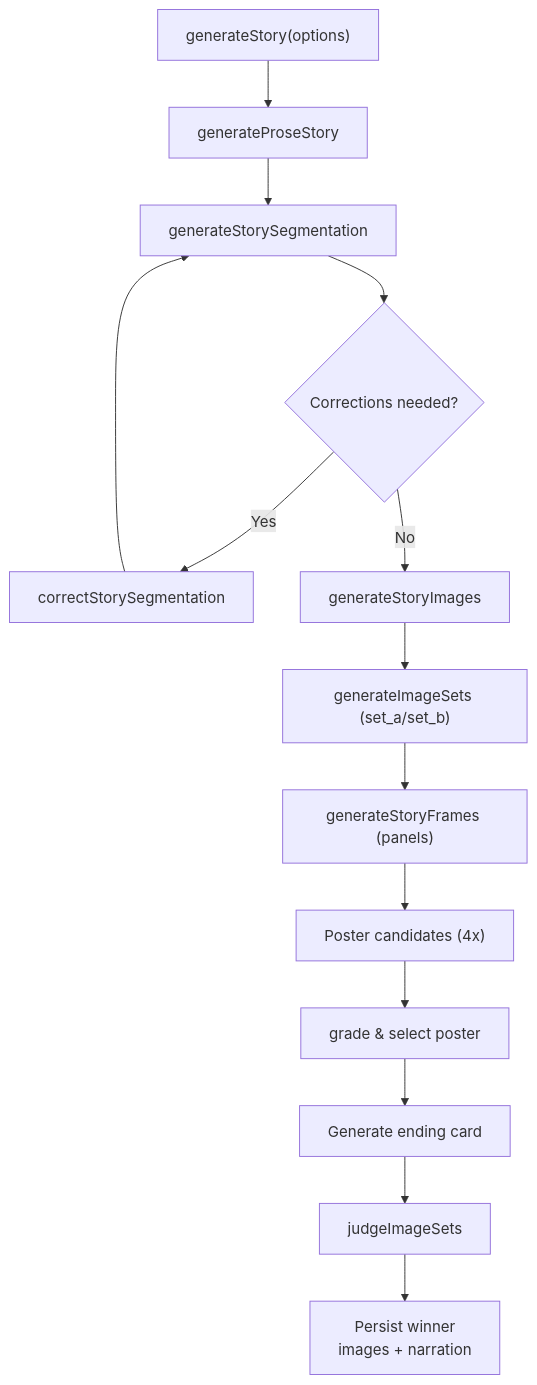
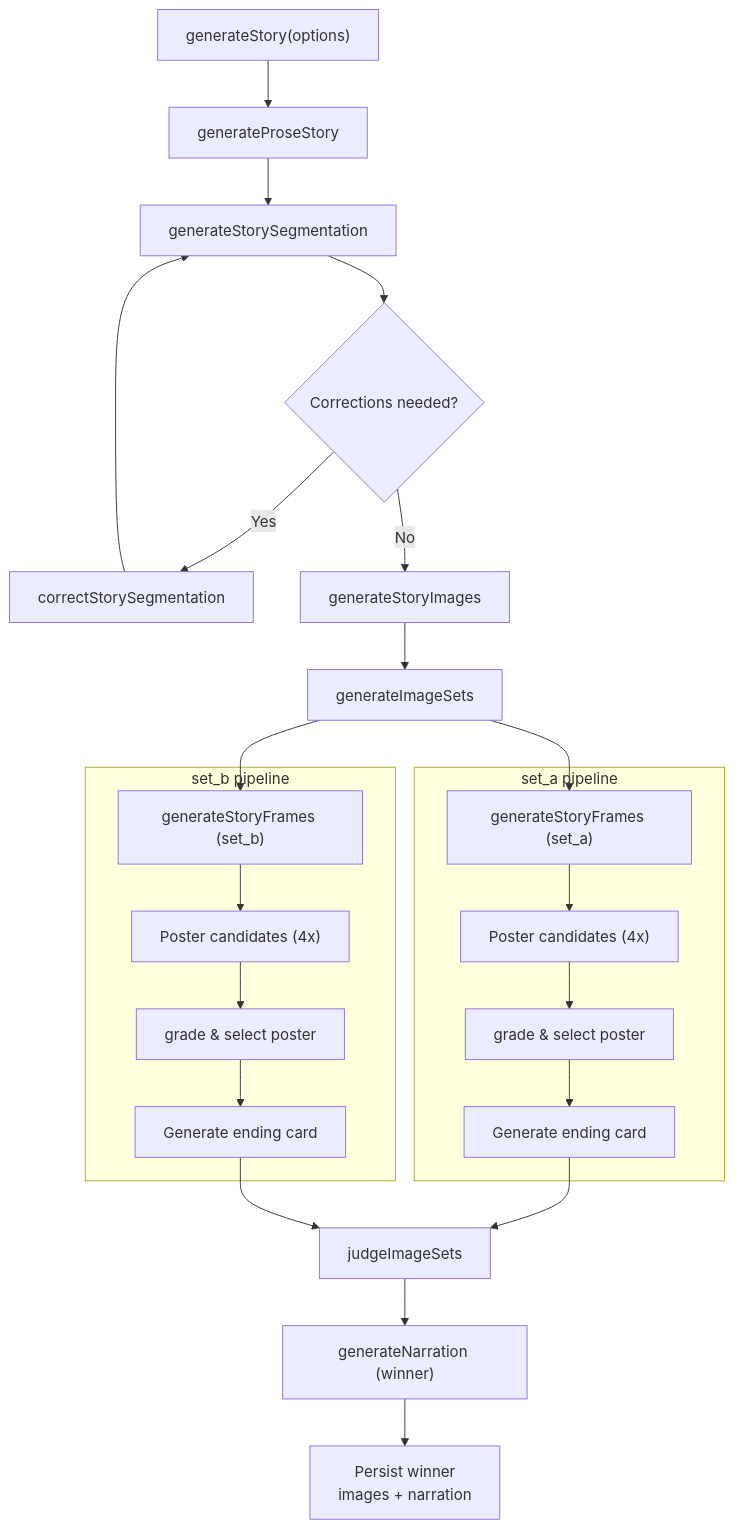
Before and after one commit to ljoukov/spark: the first of 2 diagrams in docs/STORY.md, drawn with Mermaid. The commit also changed other lines of this file, not shown here.

Commit message:
[docs] clarify dual-set story diagram

````diff
--- a/docs/STORY.md
+++ b/docs/STORY.md
@@ -7,16 +7,29 @@
 ```mermaid
 flowchart TD
   A["generateStory(options)"] --> B["generateProseStory"]
   B --> C["generateStorySegmentation"]
   C --> D{Corrections needed?}
   D -->|Yes| E["correctStorySegmentation"]
   E --> C
   D -->|No| F["generateStoryImages"]
-  F --> G["generateImageSets (set_a/set_b)"]
-  G --> H["generateStoryFrames (panels)"]
-  H --> I["Poster candidates (4x)"]
-  I --> J["grade & select poster"]
-  J --> K["Generate ending card"]
-  K --> L["judgeImageSets"]
-  L --> M["Persist winner\nimages + narration"]
+  F --> G["generateImageSets"]
+  G --> SA1
+  G --> SB1
+
+  subgraph SA["set_a pipeline"]
+    SA1["generateStoryFrames (set_a)"] --> SA2["Poster candidates (4x)"]
+    SA2 --> SA3["grade & select poster"]
+    SA3 --> SA4["Generate ending card"]
+  end
+
+  subgraph SB["set_b pipeline"]
+    SB1["generateStoryFrames (set_b)"] --> SB2["Poster candidates (4x)"]
+    SB2 --> SB3["grade & select poster"]
+    SB3 --> SB4["Generate ending card"]
+  end
+
+  SA4 --> J["judgeImageSets"]
+  SB4 --> J
+  J --> K["generateNarration (winner)"]
+  K --> L["Persist winner\nimages + narration"]
 ```
````
